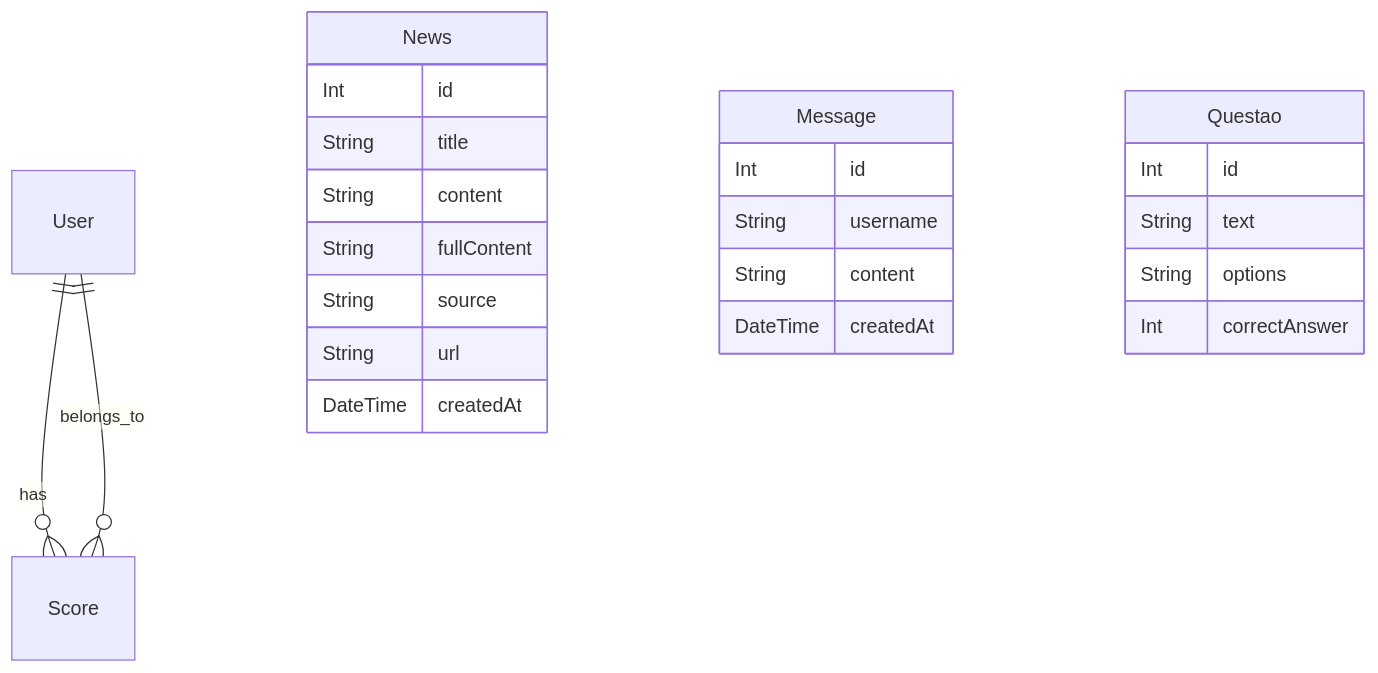
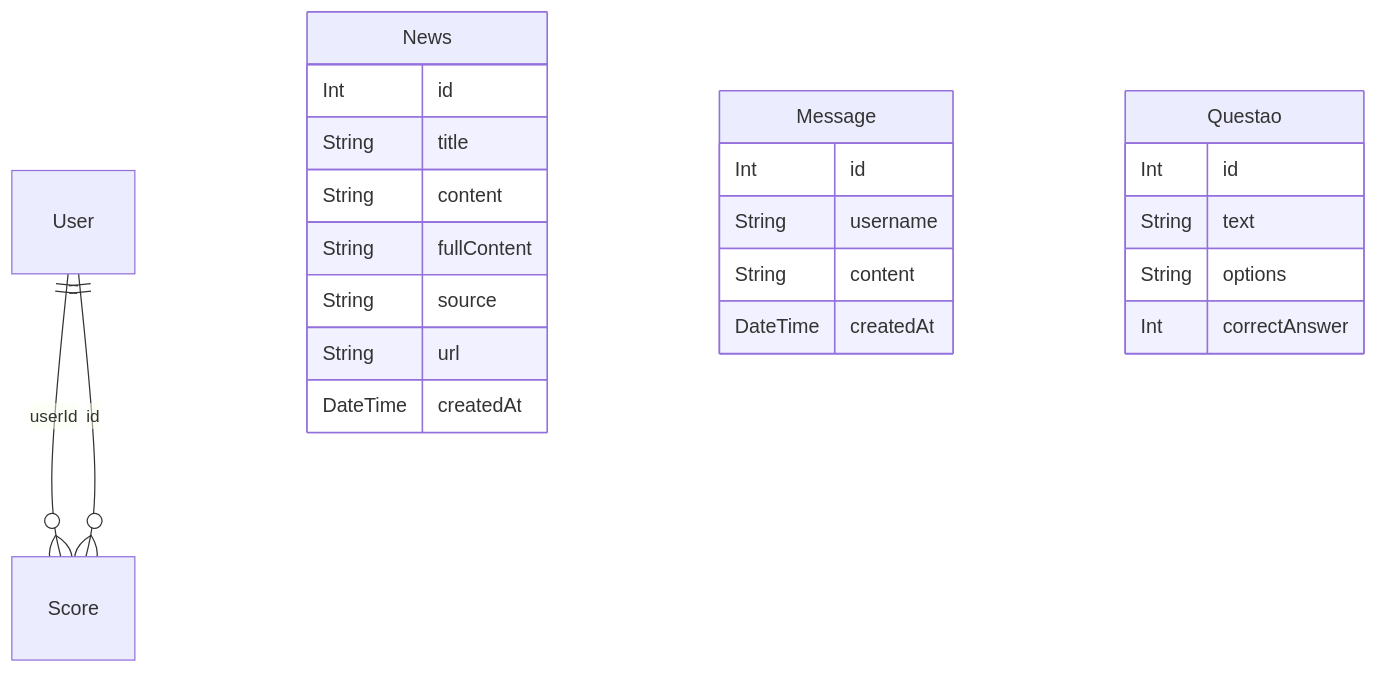
One commit to lucasvidalsilva/backend changed the diagram in README.md. Above: the diagram before and after it, drawn with Mermaid.

Commit message:
feat: mudança no readme

````diff
--- a/README.md
+++ b/README.md
@@ -100,29 +100,29 @@
 ```mermaid
 erDiagram
-  User ||--o{ Score : has
-  Score }o--|| User : belongs_to
+  User ||--o{ Score : userId
+  Score }o--|| User : id
 
   News {
     Int id
     String title
     String content
     String fullContent
     String source
     String url
     DateTime createdAt
   }
 
   Message {
     Int id
     String username
     String content
     DateTime createdAt
   }
 
   Questao {
     Int id
     String text
     String options
     Int correctAnswer
   }
 ```
````
